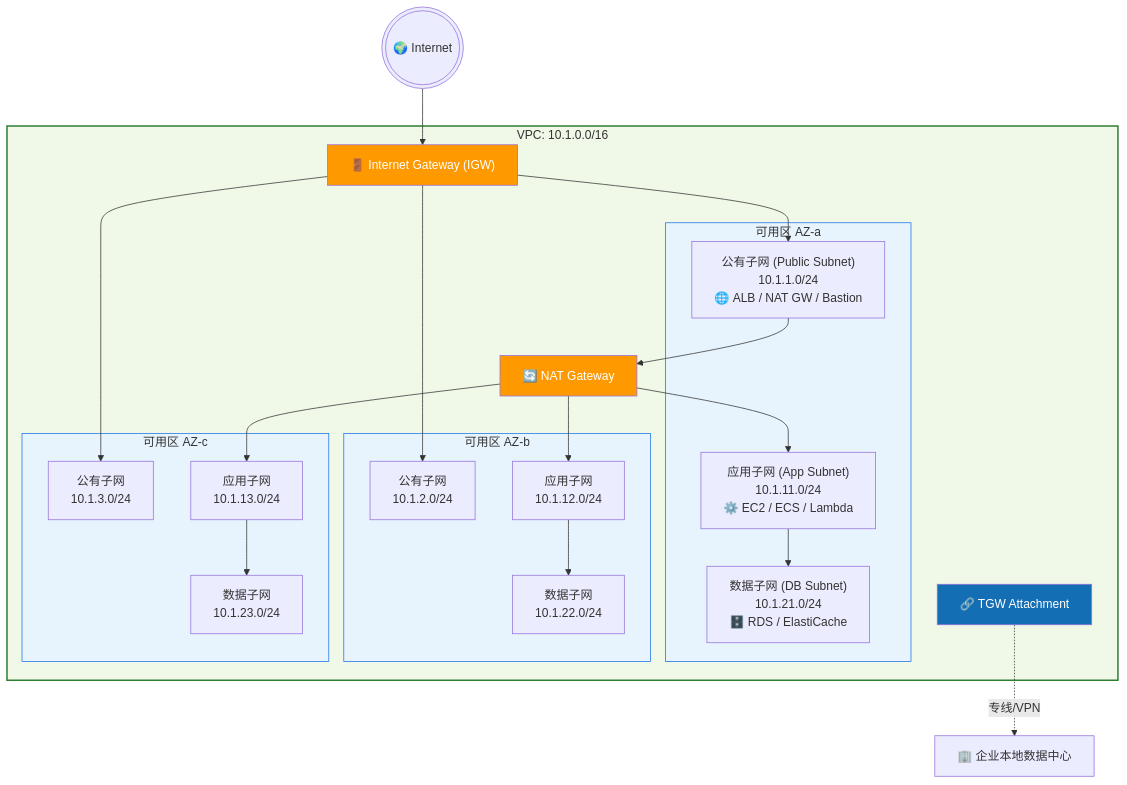
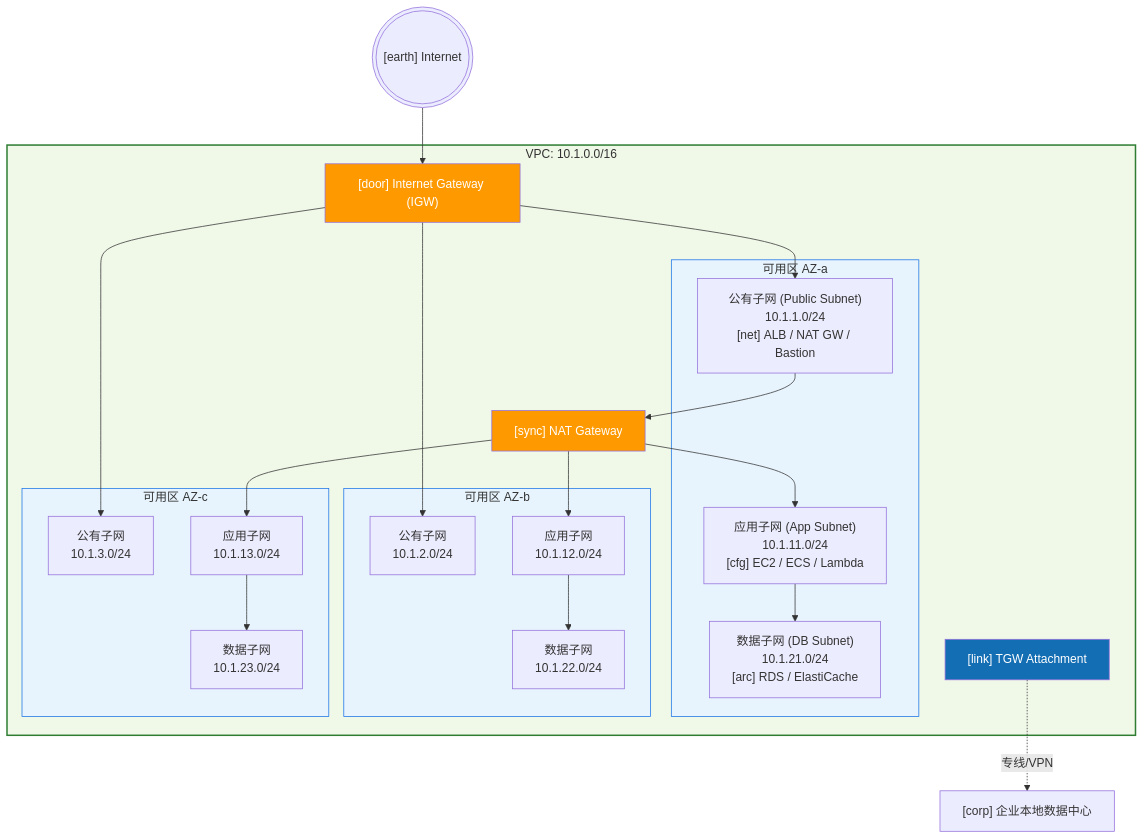
Before and after one commit to SKT-Shurima/NetworkMastery: the second of 6 diagrams in docs/guide/cloud/aws-networking.md, drawn with Mermaid. The commit also changed other lines of this file and 54 other files, not shown here.

````diff
--- a/docs/guide/cloud/aws-networking.md
+++ b/docs/guide/cloud/aws-networking.md
@@ -104,43 +104,43 @@
 ```mermaid
 graph TB
     subgraph VPC["VPC: 10.1.0.0/16"]
         subgraph AZ_A["可用区 AZ-a"]
-            PubA["公有子网 (Public Subnet)<br/>10.1.1.0/24<br/>🌐 ALB / NAT GW / Bastion"]
-            AppA["应用子网 (App Subnet)<br/>10.1.11.0/24<br/>⚙️ EC2 / ECS / Lambda"]
-            DbA["数据子网 (DB Subnet)<br/>10.1.21.0/24<br/>🗄️ RDS / ElastiCache"]
+            PubA["公有子网 (Public Subnet)<br/>10.1.1.0/24<br/>[net] ALB / NAT GW / Bastion"]
+            AppA["应用子网 (App Subnet)<br/>10.1.11.0/24<br/>[cfg] EC2 / ECS / Lambda"]
+            DbA["数据子网 (DB Subnet)<br/>10.1.21.0/24<br/>[arc] RDS / ElastiCache"]
         end
         subgraph AZ_B["可用区 AZ-b"]
             PubB["公有子网<br/>10.1.2.0/24"]
             AppB["应用子网<br/>10.1.12.0/24"]
             DbB["数据子网<br/>10.1.22.0/24"]
         end
         subgraph AZ_C["可用区 AZ-c"]
             PubC["公有子网<br/>10.1.3.0/24"]
             AppC["应用子网<br/>10.1.13.0/24"]
             DbC["数据子网<br/>10.1.23.0/24"]
         end
 
-        IGW["🚪 Internet Gateway (IGW)"]
-        NATGW["🔄 NAT Gateway"]
-        TGWATT["🔗 TGW Attachment"]
+        IGW["[door] Internet Gateway (IGW)"]
+        NATGW["[sync] NAT Gateway"]
+        TGWATT["[link] TGW Attachment"]
     end
 
-    Internet((("🌍 Internet")))
-    OnPrem["🏢 企业本地数据中心"]
+    Internet((("[earth] Internet")))
+    OnPrem["[corp] 企业本地数据中心"]
 
     Internet --> IGW --> PubA & PubB & PubC
     PubA --> NATGW
     NATGW --> AppA & AppB & AppC
     AppA --> DbA
     AppB --> DbB
     AppC --> DbC
     TGWATT -.->|专线/VPN| OnPrem
 
     style VPC fill:#f0f8e8,stroke:#2E7D32,stroke-width:2px
     style AZ_A fill:#e8f4fd,stroke:#1A73E8
     style AZ_B fill:#e8f4fd,stroke:#1A73E8
     style AZ_C fill:#e8f4fd,stroke:#1A73E8
     style IGW fill:#FF9900,color:#fff
     style NATGW fill:#FF9900,color:#fff
     style TGWATT fill:#146EB4,color:#fff
 ```
````
